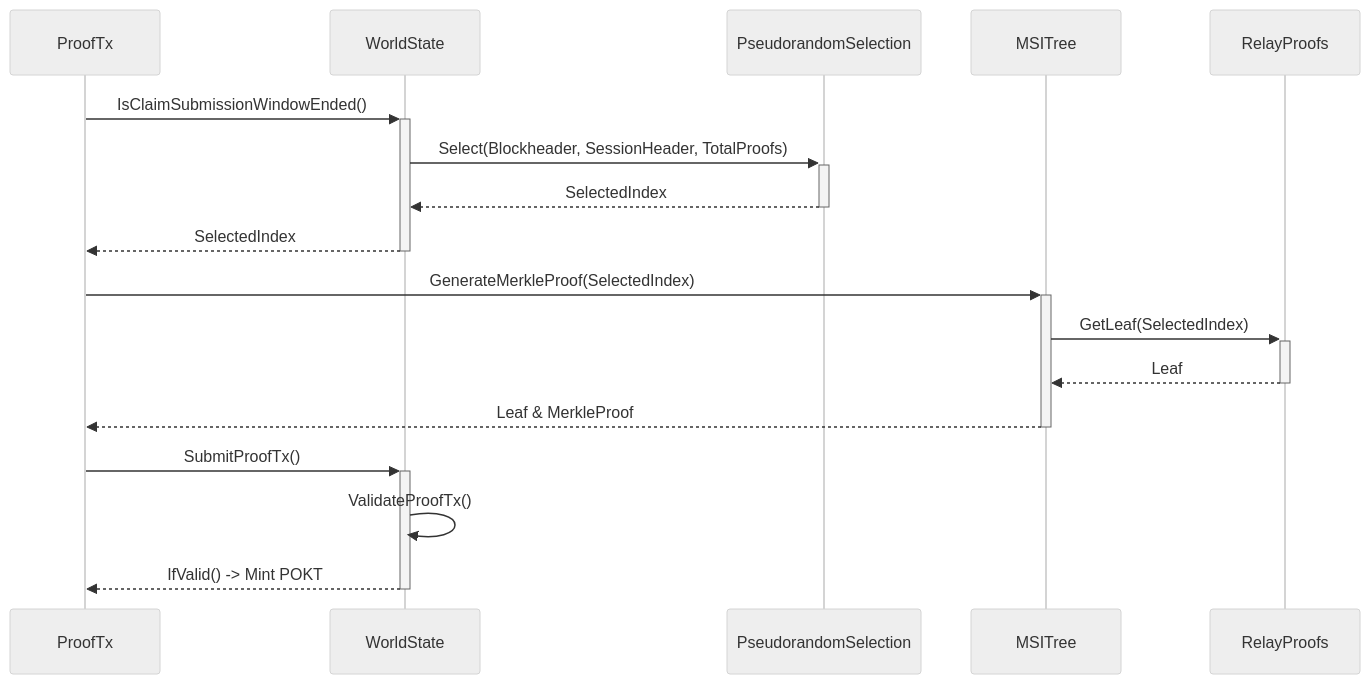
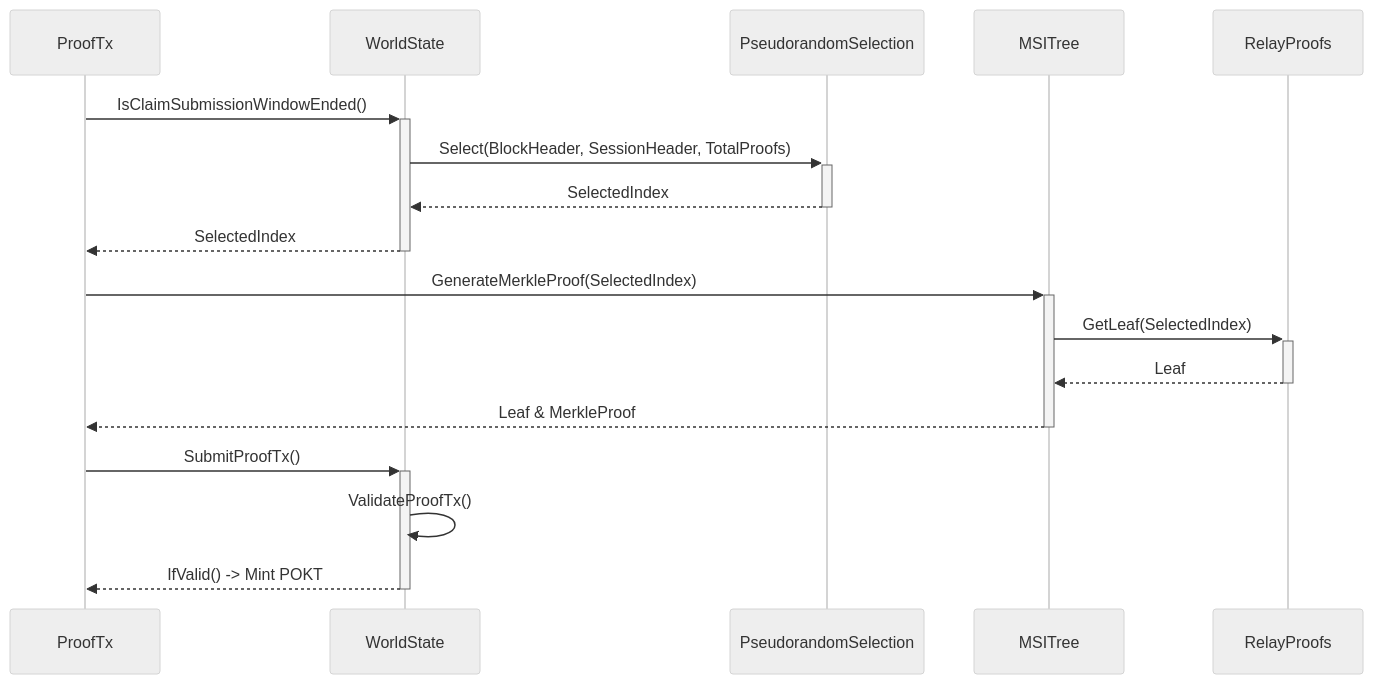
The fifth of 5 diagrams in doc/specs/reward_protocol.md (pokt-network/pocket-core), drawn with Mermaid (neutral theme) before and after one commit. The commit also changed other lines of this file, not shown here.

````diff
--- a/doc/specs/reward_protocol.md
+++ b/doc/specs/reward_protocol.md
@@ -123,14 +214,14 @@
 ```mermaid
 sequenceDiagram
     ProofTx->>+WorldState: IsClaimSubmissionWindowEnded()
-    WorldState->>+PseudorandomSelection: Select(Blockheader, SessionHeader, TotalProofs)
+    WorldState->>+PseudorandomSelection: Select(BlockHeader, SessionHeader, TotalProofs)
     PseudorandomSelection-->>-WorldState: SelectedIndex
     WorldState-->>-ProofTx: SelectedIndex
     ProofTx->>+MSITree: GenerateMerkleProof(SelectedIndex)
     MSITree->>+RelayProofs: GetLeaf(SelectedIndex)
     RelayProofs-->>-MSITree: Leaf
     MSITree-->>-ProofTx: Leaf & MerkleProof
     ProofTx->>+WorldState: SubmitProofTx()
     WorldState->>WorldState: ValidateProofTx()
     WorldState-->>-ProofTx: IfValid() -> Mint POKT
 ```
````
